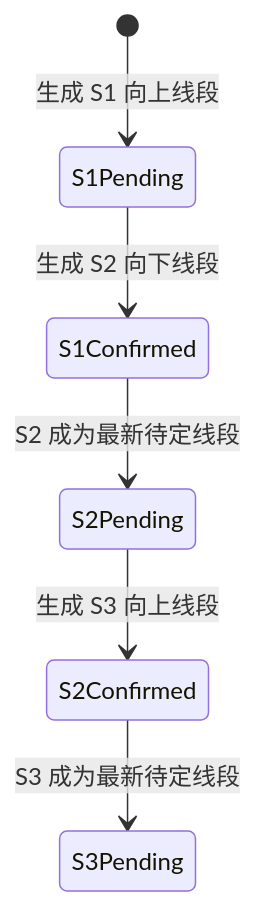
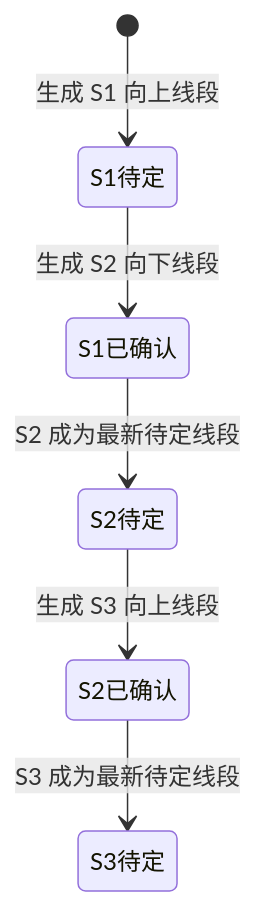
One commit to shenjee/stockpilot changed the fifth of 9 diagrams in docs/stock_technical_concepts.zh.md. Above: the diagram before and after it, drawn with Mermaid. The commit also changed other lines of this file, not shown here.

````diff
--- a/docs/stock_technical_concepts.zh.md
+++ b/docs/stock_technical_concepts.zh.md
@@ -173,8 +156,8 @@
 ```mermaid
 stateDiagram-v2
-    [*] --> S1Pending: 生成 S1 向上线段
-    S1Pending --> S1Confirmed: 生成 S2 向下线段
-    S1Confirmed --> S2Pending: S2 成为最新待定线段
-    S2Pending --> S2Confirmed: 生成 S3 向上线段
-    S2Confirmed --> S3Pending: S3 成为最新待定线段
+    [*] --> S1待定: 生成 S1 向上线段
+    S1待定 --> S1已确认: 生成 S2 向下线段
+    S1已确认 --> S2待定: S2 成为最新待定线段
+    S2待定 --> S2已确认: 生成 S3 向上线段
+    S2已确认 --> S3待定: S3 成为最新待定线段
 ```
````
